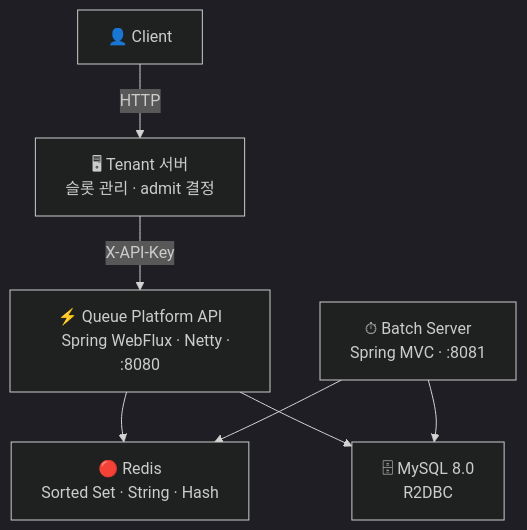
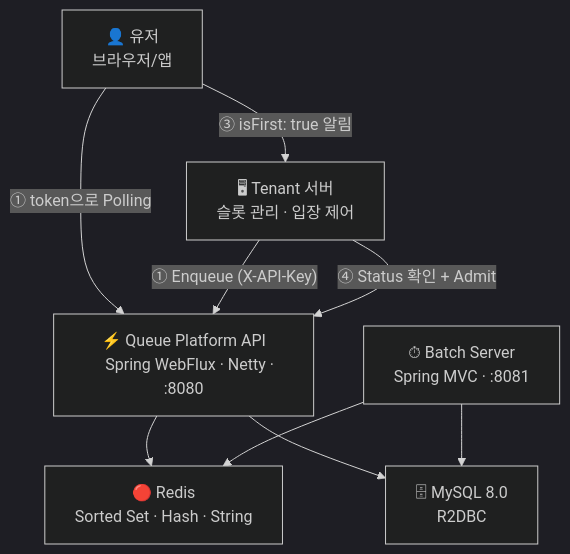
One commit to S-Onix/queue-platform changed the first of 4 diagrams in README.md. Above: the diagram before and after it, drawn with Mermaid (dark theme). The commit also changed other lines of this file and 4 other files, not shown here.

````diff
--- a/README.md
+++ b/README.md
@@ -57,21 +81,23 @@
 ```mermaid
 flowchart TD
-    Client["👤 Client"]
+    User["👤 유저\n브라우저/앱"]
     Tenant["🖥 Tenant 서버
-    슬롯 관리 · admit 결정"]
+    슬롯 관리 · 입장 제어"]
     API["⚡ Queue Platform API
     Spring WebFlux · Netty · :8080"]
     Batch["⏱ Batch Server
     Spring MVC · :8081"]
     Redis["🔴 Redis
-    Sorted Set · String · Hash"]
+    Sorted Set · Hash · String"]
     MySQL["🗄 MySQL 8.0
     R2DBC"]
 
-    Client -->|HTTP| Tenant
-    Tenant -->|X-API-Key| API
+    User -->|"① token으로 Polling"| API
+    User -->|"③ isFirst: true 알림"| Tenant
+    Tenant -->|"① Enqueue (X-API-Key)"| API
+    Tenant -->|"④ Status 확인 + Admit"| API
     API --> Redis
     API --> MySQL
     Batch --> Redis
     Batch --> MySQL
 ```
````
